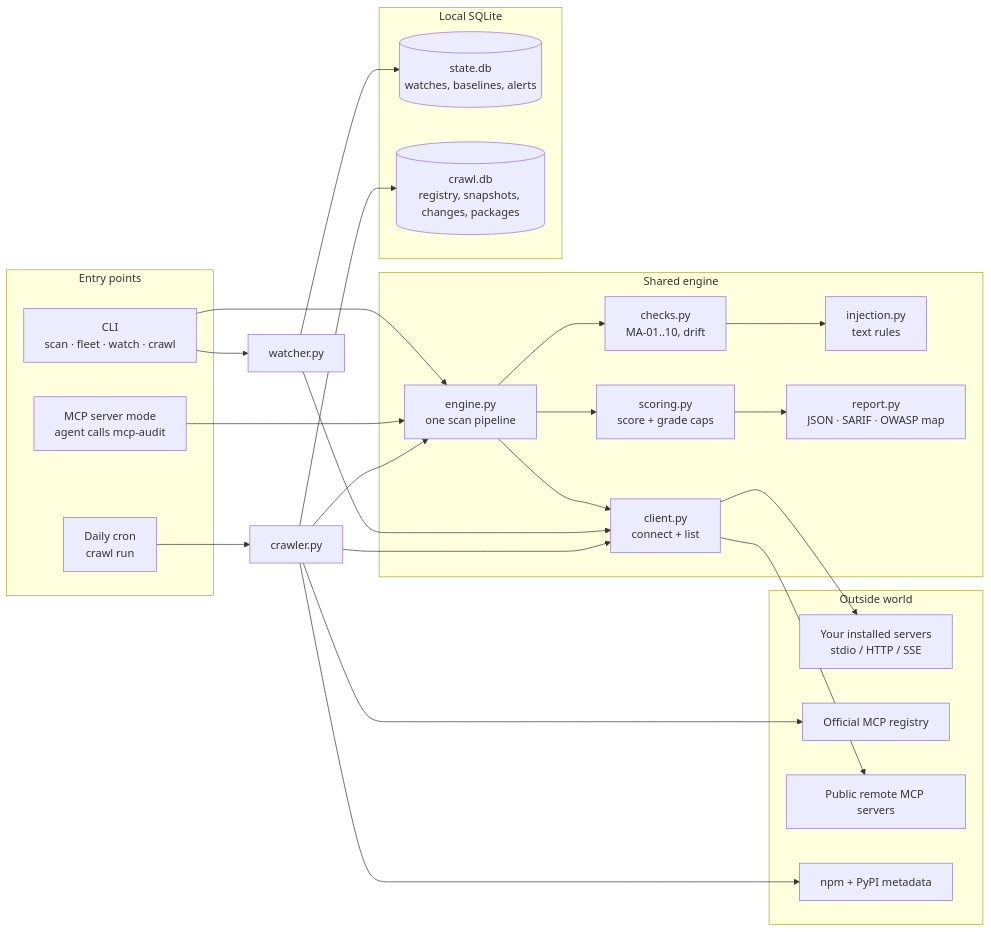
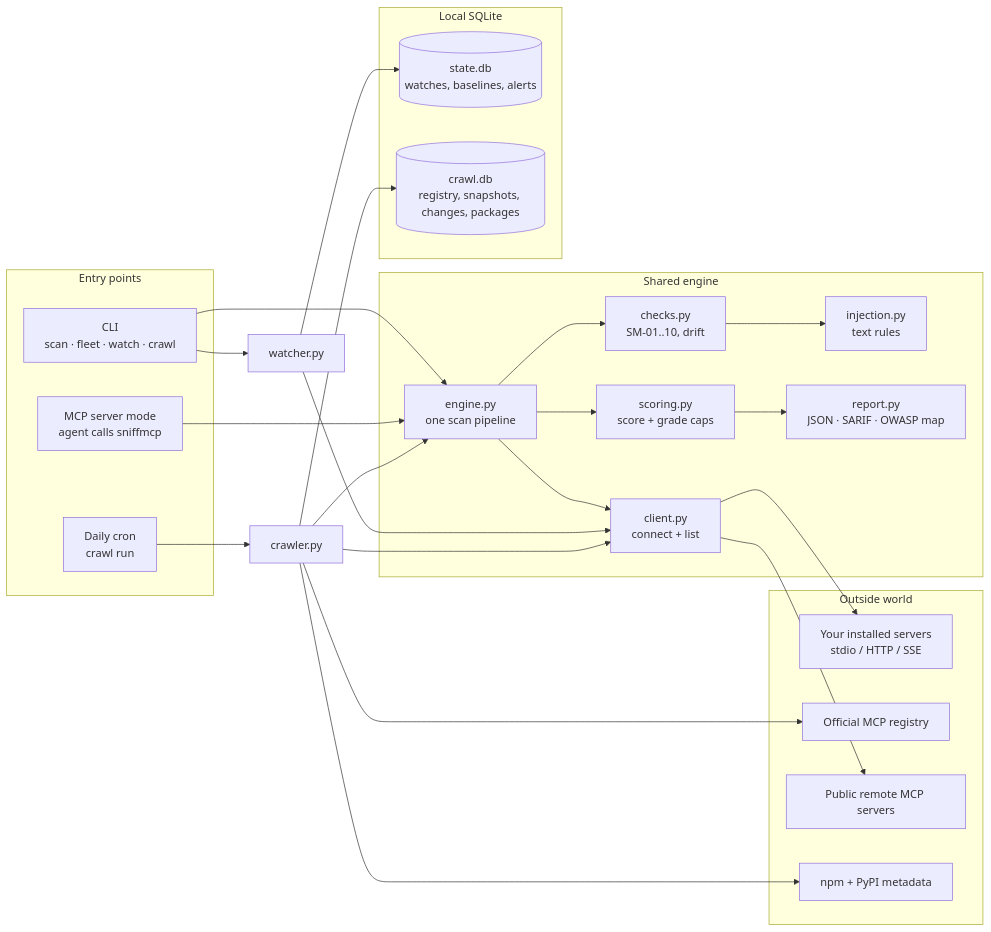
One commit to SomehowLiving/sniffmcp changed the first of 7 diagrams in ARCHITECTURE.md. Above: the diagram before and after it, drawn with Mermaid. The commit also changed other lines of this file and 36 other files, not shown here.

````diff
--- a/ARCHITECTURE.md
+++ b/ARCHITECTURE.md
@@ -9,43 +9,43 @@
 ```mermaid
 flowchart LR
     subgraph Entry["Entry points"]
         CLI["CLI<br/>scan · fleet · watch · crawl"]
-        SRV["MCP server mode<br/>agent calls mcp-audit"]
+        SRV["MCP server mode<br/>agent calls sniffmcp"]
         CRON["Daily cron<br/>crawl run"]
     end
 
     subgraph Core["Shared engine"]
         CLIENT["client.py<br/>connect + list"]
         ENGINE["engine.py<br/>one scan pipeline"]
-        CHECKS["checks.py<br/>MA-01..10, drift"]
+        CHECKS["checks.py<br/>SM-01..10, drift"]
         INJ["injection.py<br/>text rules"]
         SCORE["scoring.py<br/>score + grade caps"]
         REPORT["report.py<br/>JSON · SARIF · OWASP map"]
     end
 
     subgraph Stores["Local SQLite"]
         STATE[("state.db<br/>watches, baselines, alerts")]
         CRAWL[("crawl.db<br/>registry, snapshots, changes, packages")]
     end
 
     subgraph Outside["Outside world"]
         LOCAL["Your installed servers<br/>stdio / HTTP / SSE"]
         REG["Official MCP registry"]
         PUB["Public remote MCP servers"]
         NPM["npm + PyPI metadata"]
     end
 
     CLI --> ENGINE
     SRV --> ENGINE
     CRON --> CRAWLER["crawler.py"]
     ENGINE --> CLIENT --> LOCAL
     ENGINE --> CHECKS --> INJ
     ENGINE --> SCORE --> REPORT
     CLI --> WATCH["watcher.py"] --> STATE
     WATCH --> CLIENT
     CRAWLER --> REG
     CRAWLER --> CLIENT --> PUB
     CRAWLER --> NPM
     CRAWLER --> ENGINE
     CRAWLER --> CRAWL
 ```
````
